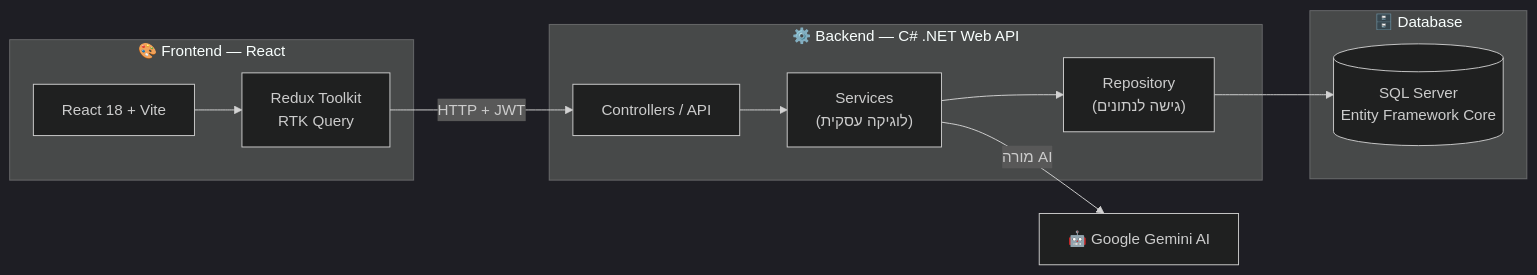
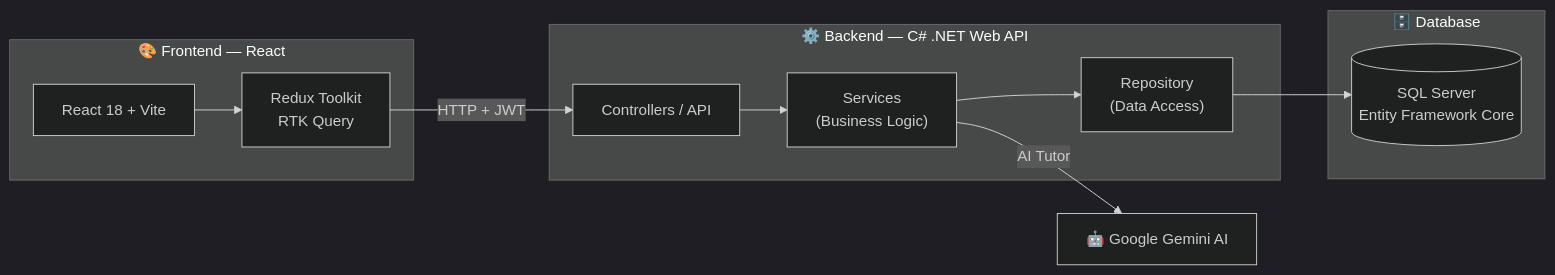
One commit to tehila4510/MyProject changed the first of 2 diagrams in README.md. Above: the diagram before and after it, drawn with Mermaid (dark theme). The commit also changed other lines of this file, not shown here.

````diff
--- a/README.md
+++ b/README.md
@@ -67,26 +65,26 @@
 ```mermaid
 flowchart LR
     subgraph Client["🎨 Frontend — React"]
         UI["React 18 + Vite"]
         RTK["Redux Toolkit<br/>RTK Query"]
     end
 
     subgraph Server["⚙️ Backend — C# .NET Web API"]
         API["Controllers / API"]
-        SVC["Services<br/>(לוגיקה עסקית)"]
-        REPO["Repository<br/>(גישה לנתונים)"]
+        SVC["Services<br/>(Business Logic)"]
+        REPO["Repository<br/>(Data Access)"]
     end
 
     subgraph Data["🗄️ Database"]
         DB[("SQL Server<br/>Entity Framework Core")]
     end
 
     AI["🤖 Google Gemini AI"]
 
     UI --> RTK
     RTK -->|"HTTP + JWT"| API
     API --> SVC
     SVC --> REPO
     REPO --> DB
-    SVC -->|"מורה AI"| AI
+    SVC -->|"AI Tutor"| AI
 ```
````
